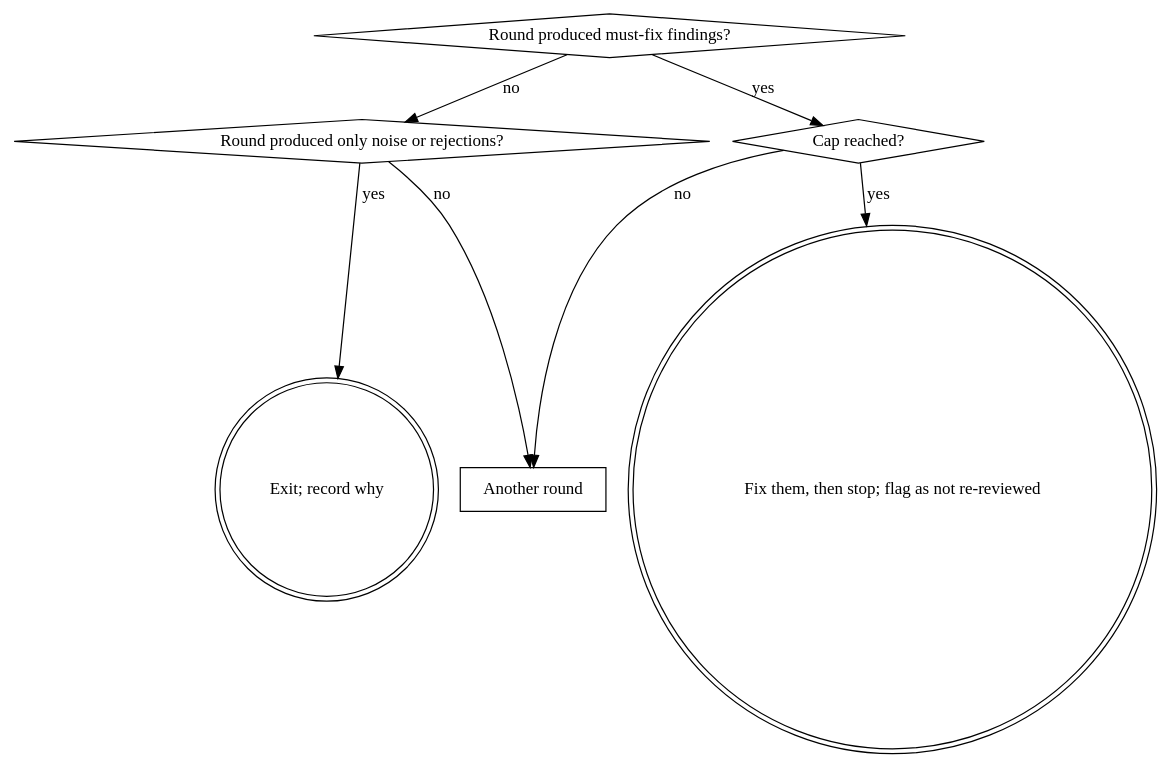
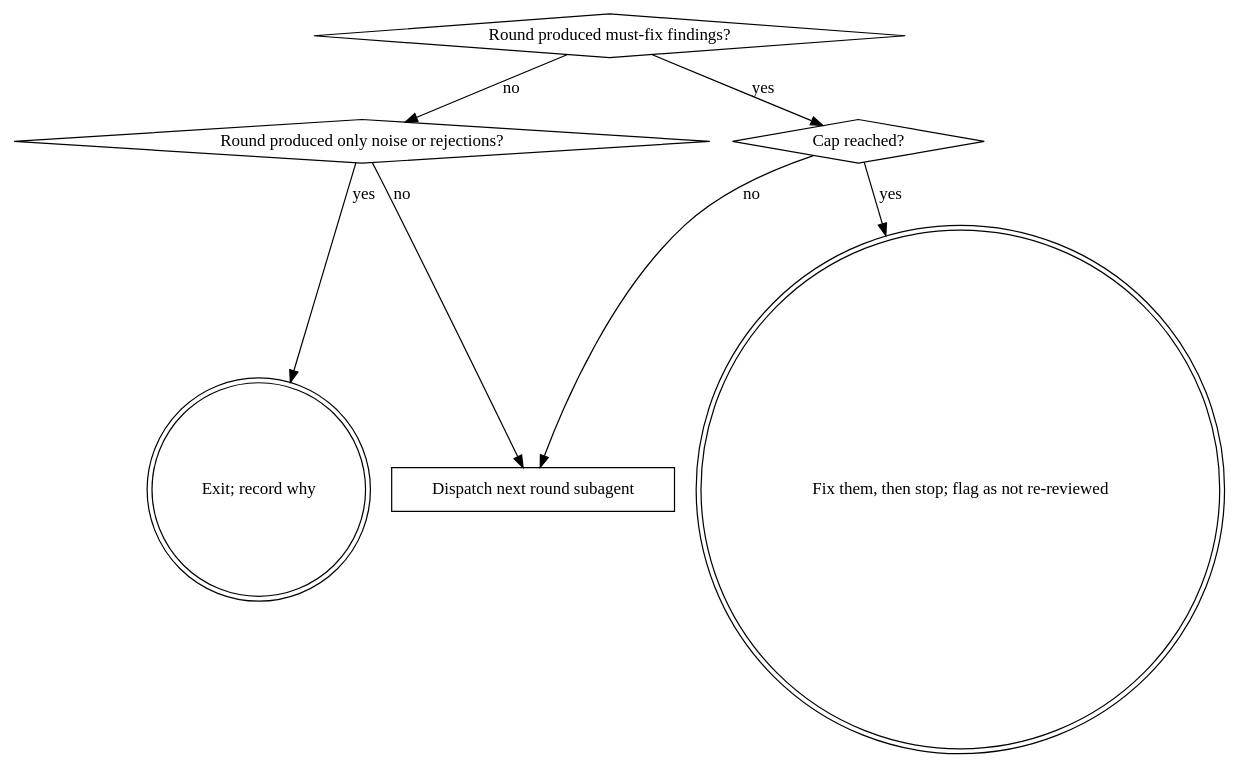
The second of 2 diagrams in plugins/implement-ticket/skills/implement-ticket/SKILL.md (flojon/claude-tools), drawn with Graphviz before and after one commit. The commit also changed other lines of this file and 2 other files, not shown here.

First line of the commit message:
Split implement-ticket into per-phase subagent dispatches

````diff
--- a/plugins/implement-ticket/skills/implement-ticket/SKILL.md
+++ b/plugins/implement-ticket/skills/implement-ticket/SKILL.md
@@ -235,17 +245,17 @@
 ```dot
 digraph loop {
     "Round produced must-fix findings?" [shape=diamond];
     "Round produced only noise or rejections?" [shape=diamond];
     "Cap reached?" [shape=diamond];
-    "Another round" [shape=box];
+    "Dispatch next round subagent" [shape=box];
     "Exit; record why" [shape=doublecircle];
     "Fix them, then stop; flag as not re-reviewed" [shape=doublecircle];
 
     "Round produced must-fix findings?" -> "Cap reached?" [label="yes"];
     "Round produced must-fix findings?" -> "Round produced only noise or rejections?" [label="no"];
     "Round produced only noise or rejections?" -> "Exit; record why" [label="yes"];
-    "Round produced only noise or rejections?" -> "Another round" [label="no"];
+    "Round produced only noise or rejections?" -> "Dispatch next round subagent" [label="no"];
     "Cap reached?" -> "Fix them, then stop; flag as not re-reviewed" [label="yes"];
-    "Cap reached?" -> "Another round" [label="no"];
+    "Cap reached?" -> "Dispatch next round subagent" [label="no"];
 }
 ```
````
